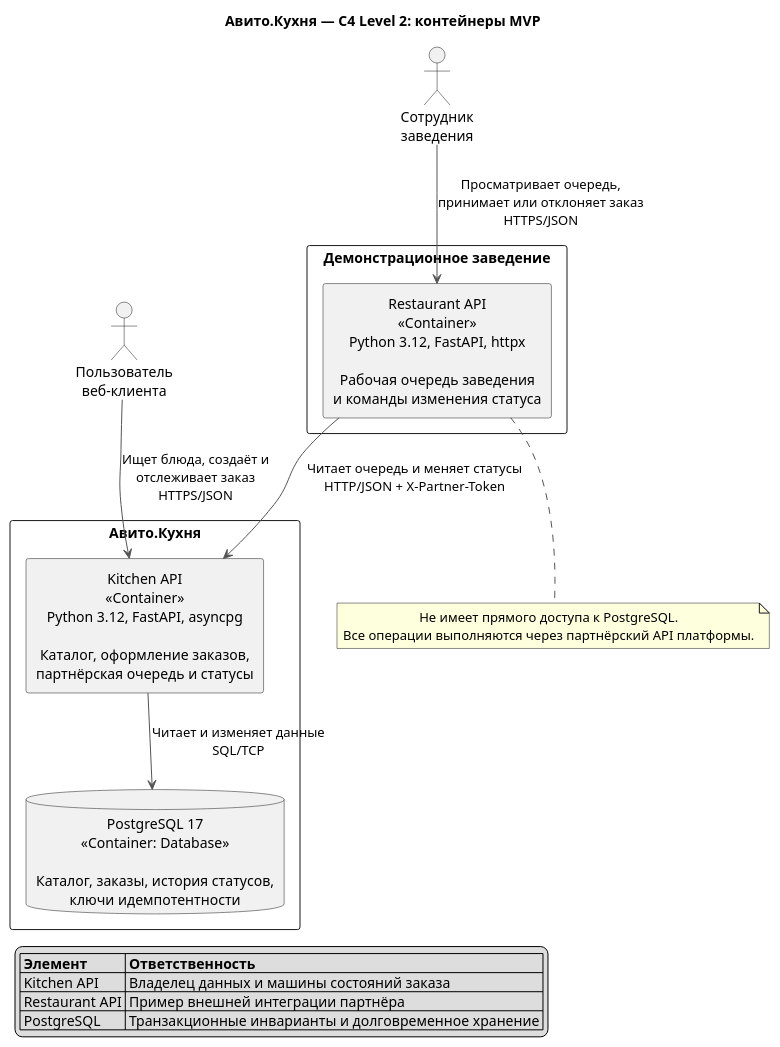
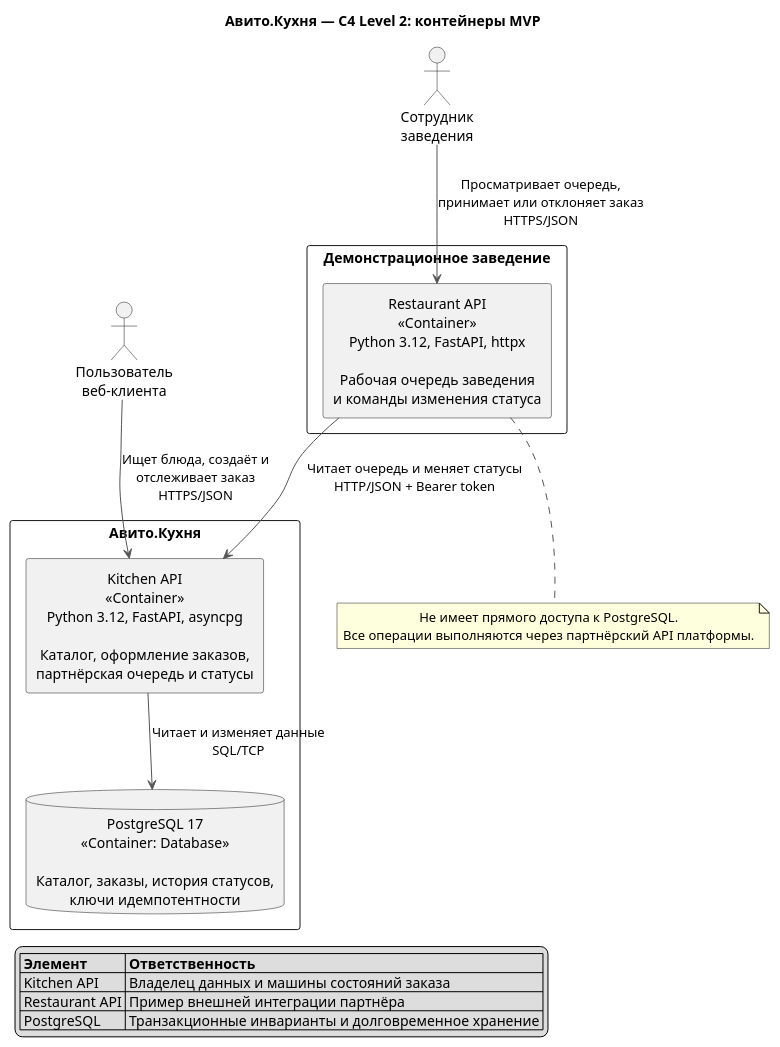
Before and after one commit to khushdil1201/avito_kitchen: the diagram in docs/c4.puml, drawn with PlantUML. The commit also changed 10 other files, not shown here.

Commit message:
feat: standardize partner bearer authentication

```diff
--- a/docs/c4.puml
+++ b/docs/c4.puml
@@ -1,37 +1,37 @@
 @startuml c4
 title Авито.Кухня — C4 Level 2: контейнеры MVP
 
 skinparam shadowing false
 skinparam componentStyle rectangle
 skinparam defaultTextAlignment center
 skinparam ArrowColor #555555
 
 actor customer as "Пользователь\nвеб-клиента"
 actor employee as "Сотрудник\nзаведения"
 
 rectangle "Авито.Кухня" as kitchen_boundary {
   component kitchen_api as "Kitchen API\n<<Container>>\nPython 3.12, FastAPI, asyncpg\n\nКаталог, оформление заказов,\nпартнёрская очередь и статусы"
   database postgres as "PostgreSQL 17\n<<Container: Database>>\n\nКаталог, заказы, история статусов,\nключи идемпотентности"
 }
 
 rectangle "Демонстрационное заведение" as restaurant_boundary {
   component restaurant_api as "Restaurant API\n<<Container>>\nPython 3.12, FastAPI, httpx\n\nРабочая очередь заведения\nи команды изменения статуса"
 }
 
 customer --> kitchen_api : Ищет блюда, создаёт и\nотслеживает заказ\nHTTPS/JSON
 employee --> restaurant_api : Просматривает очередь,\nпринимает или отклоняет заказ\nHTTPS/JSON
-restaurant_api --> kitchen_api : Читает очередь и меняет статусы\nHTTP/JSON + X-Partner-Token
+restaurant_api --> kitchen_api : Читает очередь и меняет статусы\nHTTP/JSON + Bearer token
 kitchen_api --> postgres : Читает и изменяет данные\nSQL/TCP
 
 note bottom of restaurant_api
   Не имеет прямого доступа к PostgreSQL.
   Все операции выполняются через партнёрский API платформы.
 end note
 
 legend left
   |= Элемент |= Ответственность |
   | Kitchen API | Владелец данных и машины состояний заказа |
   | Restaurant API | Пример внешней интеграции партнёра |
   | PostgreSQL | Транзакционные инварианты и долговременное хранение |
 endlegend
 @enduml
```
